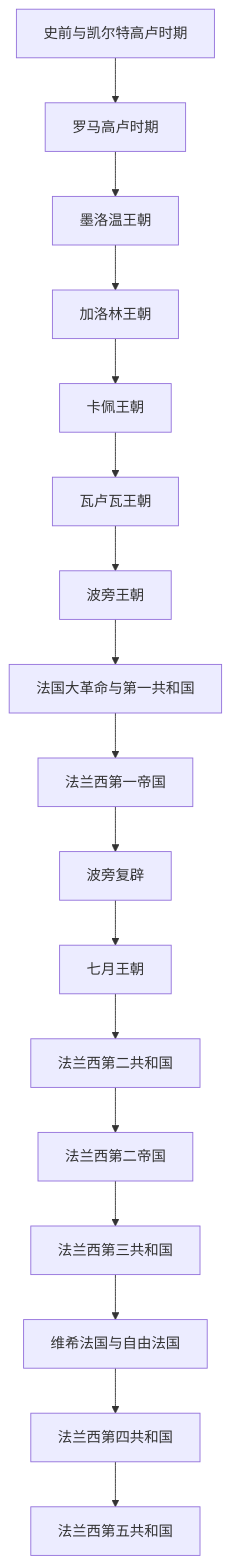
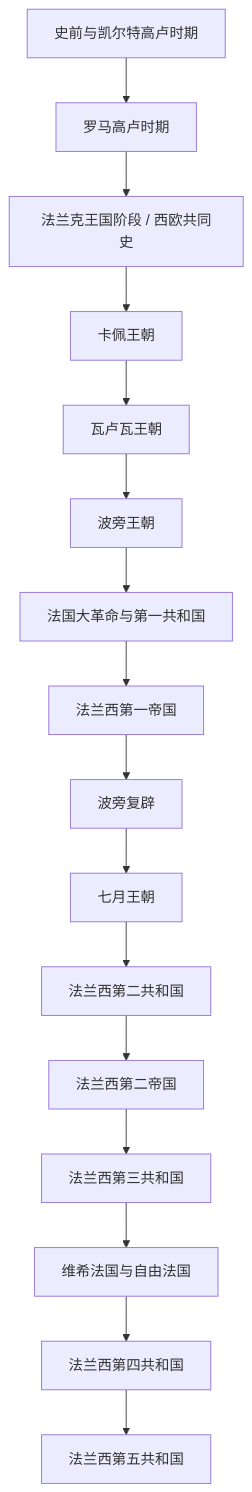
Before and after one commit to tianlan-dev/learning-notes: the diagram in 人文科学/历史-外国/欧洲/法国/README.md, drawn with Mermaid. The commit also changed other lines of this file and 87 other files, not shown here.

````diff
--- a/人文科学/历史-外国/欧洲/法国/README.md
+++ b/人文科学/历史-外国/欧洲/法国/README.md
@@ -8,36 +7,34 @@
 ```mermaid
 flowchart TD
     N0["史前与凯尔特高卢时期"]
     N1["罗马高卢时期"]
-    N2["墨洛温王朝"]
-    N3["加洛林王朝"]
-    N4["卡佩王朝"]
-    N5["瓦卢瓦王朝"]
-    N6["波旁王朝"]
-    N7["法国大革命与第一共和国"]
-    N8["法兰西第一帝国"]
-    N9["波旁复辟"]
-    N10["七月王朝"]
-    N11["法兰西第二共和国"]
-    N12["法兰西第二帝国"]
-    N13["法兰西第三共和国"]
-    N14["维希法国与自由法国"]
-    N15["法兰西第四共和国"]
-    N16["法兰西第五共和国"]
+    N2["法兰克王国阶段 / 西欧共同史"]
+    N3["卡佩王朝"]
+    N4["瓦卢瓦王朝"]
+    N5["波旁王朝"]
+    N6["法国大革命与第一共和国"]
+    N7["法兰西第一帝国"]
+    N8["波旁复辟"]
+    N9["七月王朝"]
+    N10["法兰西第二共和国"]
+    N11["法兰西第二帝国"]
+    N12["法兰西第三共和国"]
+    N13["维希法国与自由法国"]
+    N14["法兰西第四共和国"]
+    N15["法兰西第五共和国"]
     N0 --> N1
     N1 --> N2
     N2 --> N3
     N3 --> N4
     N4 --> N5
     N5 --> N6
     N6 --> N7
     N7 --> N8
     N8 --> N9
     N9 --> N10
     N10 --> N11
     N11 --> N12
     N12 --> N13
     N13 --> N14
     N14 --> N15
-    N15 --> N16
 ```
````
